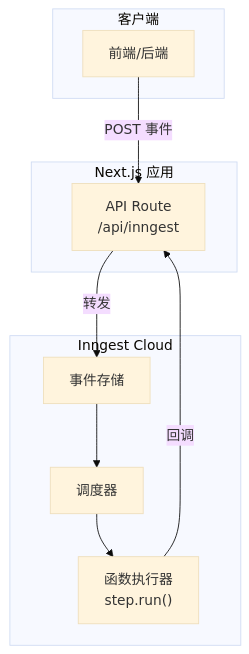
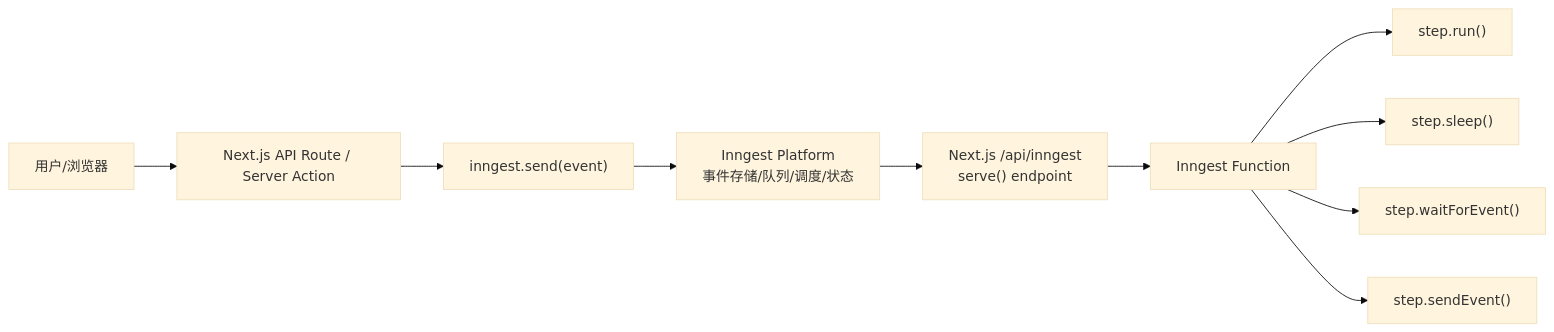
Before and after one commit to H-1234-S/Note: the diagram in Front-end notes/库/Inngest学习指南.md, drawn with Mermaid (base theme). The commit also changed other lines of this file, not shown here.

````diff
--- a/Front-end notes/库/Inngest学习指南.md
+++ b/Front-end notes/库/Inngest学习指南.md
@@ -51,22 +91,12 @@
 ```mermaid
-flowchart TB
-    subgraph Client["客户端"]
-        Frontend[前端/后端]
-    end
-
-    subgraph NextJS["Next.js 应用"]
-        APIRoute["API Route<br/>/api/inngest"]
-    end
-
-    subgraph InngestCloud["Inngest Cloud"]
-        EventStore["事件存储"]
-        Scheduler["调度器"]
-        FunctionExecutor["函数执行器<br/>step.run()"]
-    end
-
-    Frontend -->|"POST 事件"| APIRoute
-    APIRoute -->|"转发"| EventStore
-    EventStore --> Scheduler
-    Scheduler --> FunctionExecutor
-    FunctionExecutor -->|"回调"| APIRoute
+flowchart LR
+  User["用户/浏览器"] --> NextAPI["Next.js API Route / Server Action"]
+  NextAPI --> Send["inngest.send(event)"]
+  Send --> InngestCloud["Inngest Platform<br/>事件存储/队列/调度/状态"]
+  InngestCloud --> Serve["Next.js /api/inngest<br/>serve() endpoint"]
+  Serve --> Fn["Inngest Function"]
+  Fn --> Step1["step.run()"]
+  Fn --> Step2["step.sleep()"]
+  Fn --> Step3["step.waitForEvent()"]
+  Fn --> Step4["step.sendEvent()"]
 ```
````
